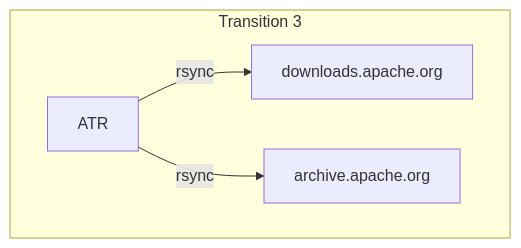
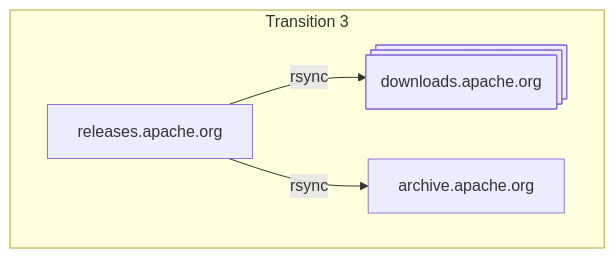
The fifth of 6 diagrams in apache-trusted-release/svn-dist.md (jbampton/tooling-docs), drawn with Mermaid before and after one commit. The commit also changed other lines of this file, not shown here.

First line of the commit message:
Revise svn-dist.md for ATR integration updates

````diff
--- a/apache-trusted-release/svn-dist.md
+++ b/apache-trusted-release/svn-dist.md
@@ -88,10 +112,10 @@
 ```mermaid
 flowchart TD
     subgraph Transition 3
-    ATR[ATR]
-    C[downloads.apache.org]
+    ATR[releases.apache.org]
+    C@{ shape: processes, label: "downloads.apache.org"}
     D[archive.apache.org]
     ATR -->|rsync| C
     ATR -->|rsync| D
     end
 ```
````
